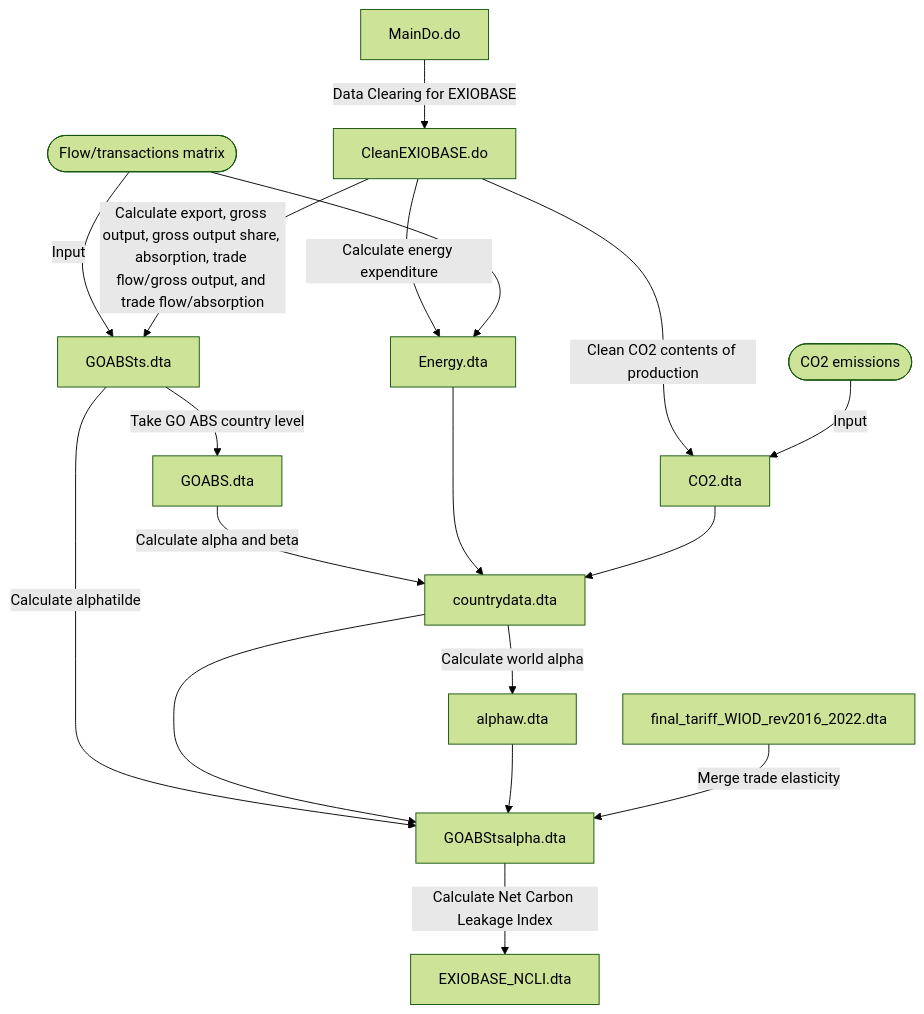
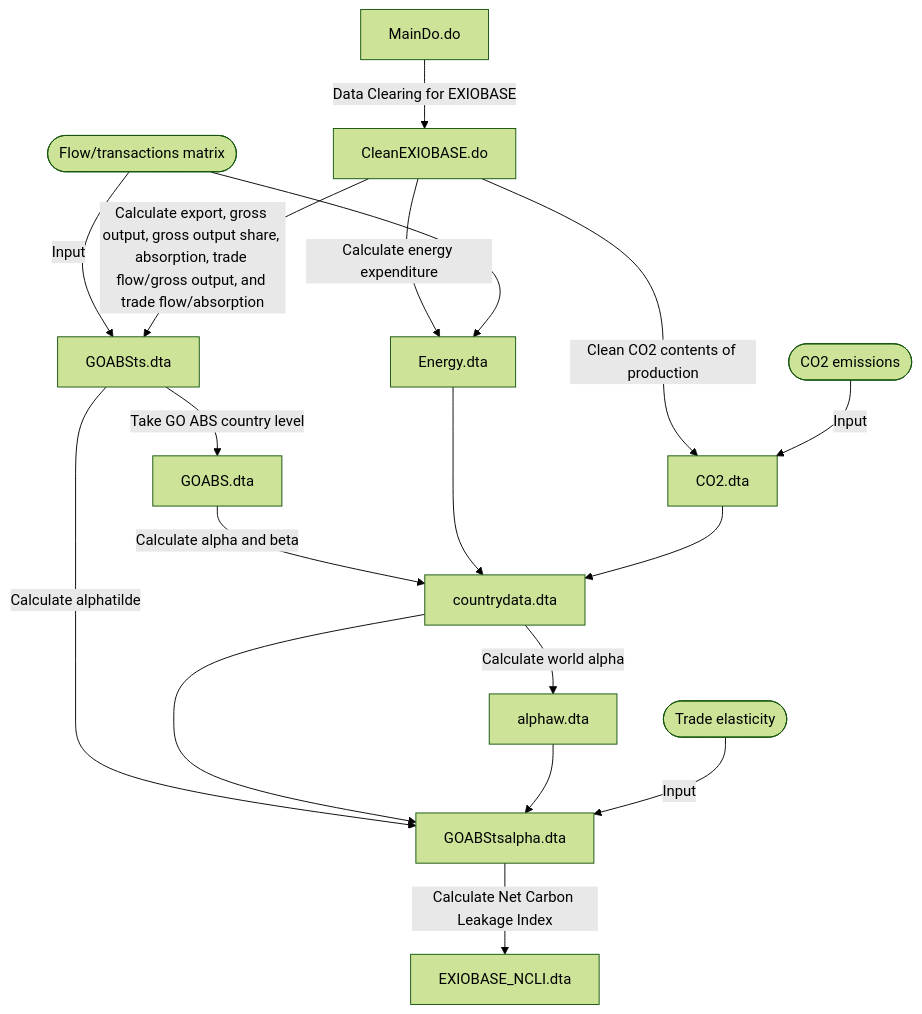
One commit to AkariOno/Trade_Carbon changed the diagram in README.md. Above: the diagram before and after it, drawn with Mermaid (forest theme).

````diff
--- a/README.md
+++ b/README.md
@@ -17,20 +17,20 @@
 ```mermaid
 graph TD;
     A[MainDo.do] --> |Data Clearing for EXIOBASE|B[CleanEXIOBASE.do]
     C([Flow/transactions matrix]) --> |Input|D
     B --> |Calculate export, gross output, gross output share, absorption, trade flow/gross output, and trade flow/absorption|D[GOABSts.dta]
     D --> |Take GO ABS country level|E[GOABS.dta]
     B --> |Calculate energy expenditure|F[Energy.dta]
     B --> |Clean CO2 contents of production|G[CO2.dta]
     E --> |Calculate alpha and beta|H[countrydata.dta]
     F --> H
     G --> H
     H --> |Calculate world alpha|I[alphaw.dta]
     D --> |Calculate alphatilde|J[GOABStsalpha.dta]
     H --> J
     I --> J
-    K[final_tariff_WIOD_rev2016_2022.dta] --> |Merge trade elasticity|J
+    K([Trade elasticity]) --> |Input|J
     J --> |Calculate Net Carbon Leakage Index|L[EXIOBASE_NCLI.dta]
     M([CO2 emissions]) --> |Input|G
     C --> F
 ```
````
